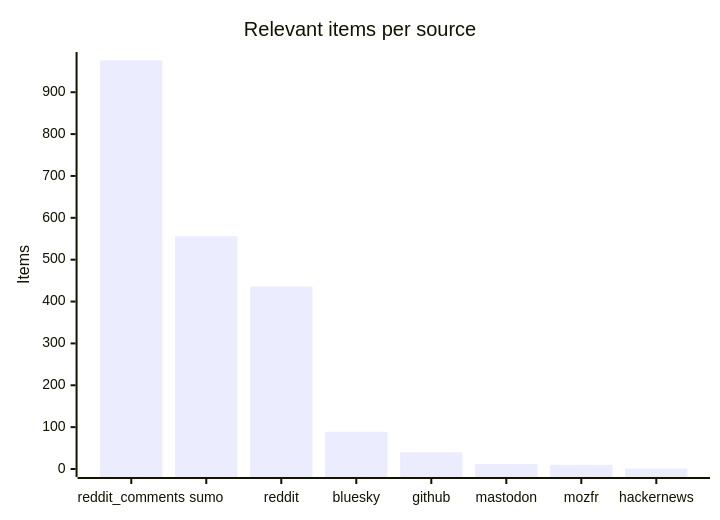
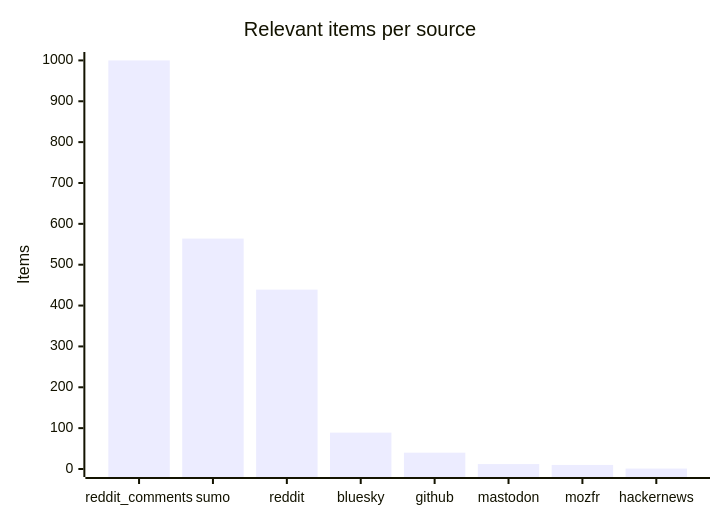
The third of 4 diagrams in README.md (martinbalfanz/social-scanner-reports), drawn with Mermaid before and after one commit. The commit also changed other lines of this file and 4 other files, not shown here.

````diff
--- a/README.md
+++ b/README.md
@@ -48,7 +48,7 @@
 ```mermaid
 xychart-beta
     title "Relevant items per source"
     x-axis ["reddit_comments", "sumo", "reddit", "bluesky", "github", "mastodon", "mozfr", "hackernews"]
-    y-axis "Items" 0 --> 977
-    bar [976, 556, 436, 89, 40, 12, 10, 1]
+    y-axis "Items" 0 --> 1001
+    bar [1000, 564, 439, 89, 40, 12, 10, 1]
 ```
````
